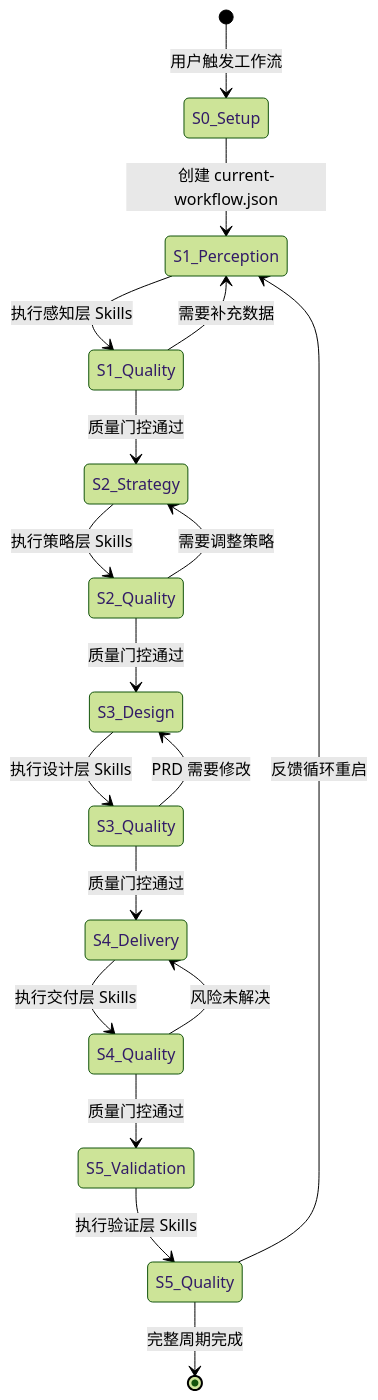
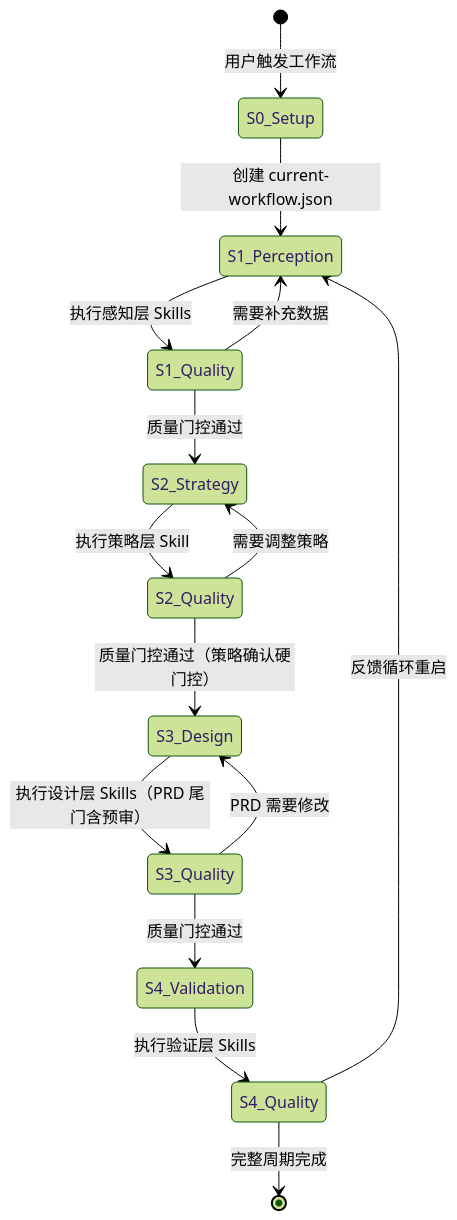
The eighth of 9 diagrams in docs/architecture/workflow-architecture.md (kelegele/oh-my-pm), drawn with Mermaid (forest theme) before and after one commit. The commit also changed other lines of this file and 80 other files, not shown here.

First line of the commit message:
feat!: 简化重构 v1.0.0——证据纪律 + 意图路由 + 交付层取消，20→11 skills

````diff
--- a/docs/architecture/workflow-architecture.md
+++ b/docs/architecture/workflow-architecture.md
@@ -284,30 +253,25 @@
 ```mermaid
 stateDiagram-v2
     [*] --> S0_Setup: 用户触发工作流
     S0_Setup --> S1_Perception: 创建 current-workflow.json
     S1_Perception --> S1_Quality: 执行感知层 Skills
     S1_Quality --> S2_Strategy: 质量门控通过
     S1_Quality --> S1_Perception: 需要补充数据
 
-    S2_Strategy --> S2_Quality: 执行策略层 Skills
-    S2_Quality --> S3_Design: 质量门控通过
+    S2_Strategy --> S2_Quality: 执行策略层 Skill
+    S2_Quality --> S3_Design: 质量门控通过（策略确认硬门控）
     S2_Quality --> S2_Strategy: 需要调整策略
 
-    S3_Design --> S3_Quality: 执行设计层 Skills
-    S3_Quality --> S4_Delivery: 质量门控通过
+    S3_Design --> S3_Quality: 执行设计层 Skills（PRD 尾门含预审）
+    S3_Quality --> S4_Validation: 质量门控通过
     S3_Quality --> S3_Design: PRD 需要修改
 
-    S4_Delivery --> S4_Quality: 执行交付层 Skills
-    S4_Quality --> S5_Validation: 质量门控通过
-    S4_Quality --> S4_Delivery: 风险未解决
-
-    S5_Validation --> S5_Quality: 执行验证层 Skills
-    S5_Quality --> [*]: 完整周期完成
-    S5_Quality --> S1_Perception: 反馈循环重启
+    S4_Validation --> S4_Quality: 执行验证层 Skills
+    S4_Quality --> [*]: 完整周期完成
+    S4_Quality --> S1_Perception: 反馈循环重启
 
     state S1_Quality <<choice>>
     state S2_Quality <<choice>>
     state S3_Quality <<choice>>
     state S4_Quality <<choice>>
-    state S5_Quality <<choice>>
 ```
````
